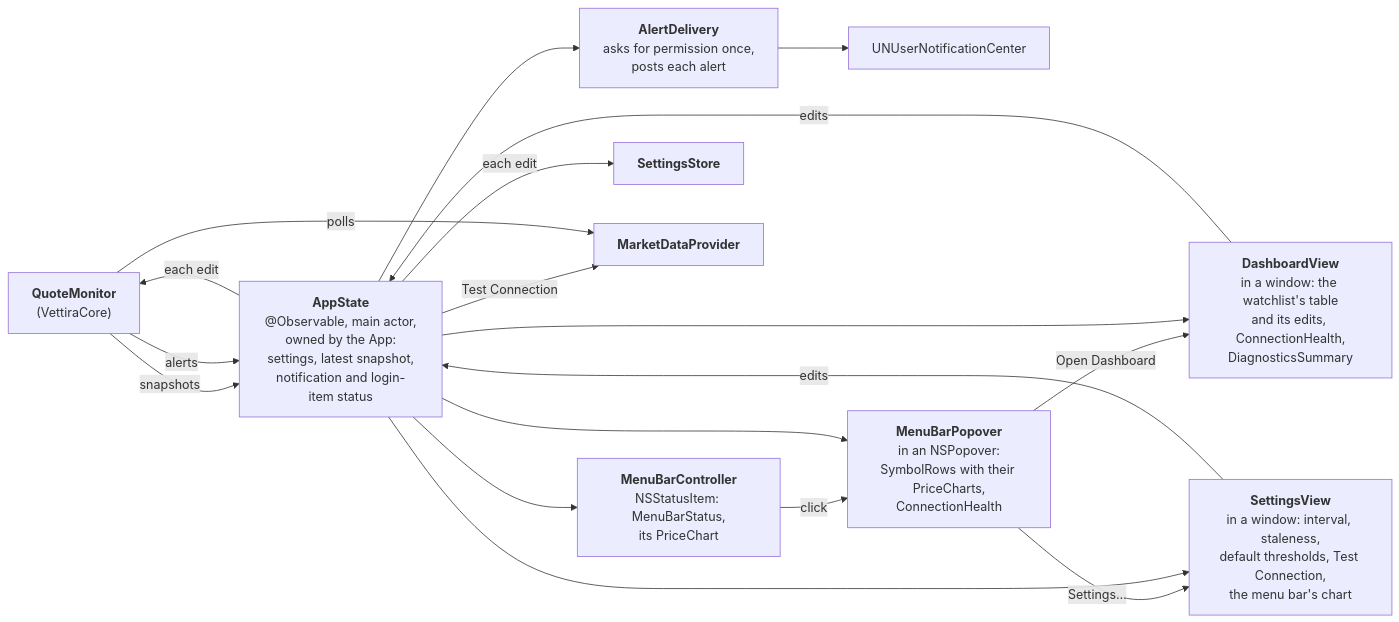
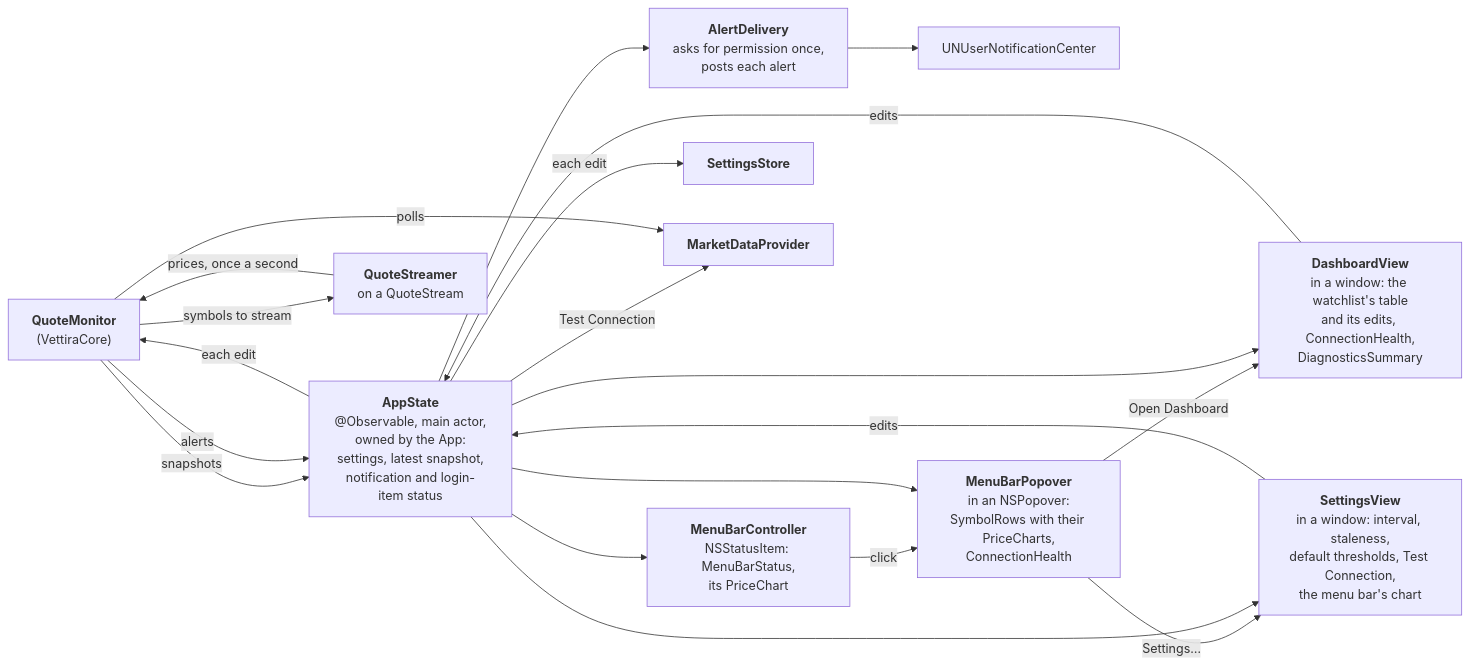
One commit to nikpietanze/vettira changed the second of 6 diagrams in docs/architecture.md. Above: the diagram before and after it, drawn with Mermaid. The commit also changed other lines of this file and 31 other files, not shown here.

Commit message:
Stream prices from Yahoo's streaming feed, with polling as the fallback

````diff
--- a/docs/architecture.md
+++ b/docs/architecture.md
@@ -51,29 +51,32 @@
 ```mermaid
 flowchart LR
     monitor["<b>QuoteMonitor</b><br/>(VettiraCore)"]
     state["<b>AppState</b><br/>@Observable, main actor,<br/>owned by the App:<br/>settings, latest snapshot,<br/>notification and login-item status"]
     delivery["<b>AlertDelivery</b><br/>asks for permission once,<br/>posts each alert"]
     center["UNUserNotificationCenter"]
     controller["<b>MenuBarController</b><br/>NSStatusItem: MenuBarStatus,<br/>its PriceChart"]
     popover["<b>MenuBarPopover</b><br/>in an NSPopover:<br/>SymbolRows with their PriceCharts,<br/>ConnectionHealth"]
     dashboard["<b>DashboardView</b><br/>in a window: the watchlist's table<br/>and its edits, ConnectionHealth,<br/>DiagnosticsSummary"]
     settingsView["<b>SettingsView</b><br/>in a window: interval, staleness,<br/>default thresholds, Test Connection,<br/>the menu bar's chart"]
     store["<b>SettingsStore</b>"]
     provider["<b>MarketDataProvider</b>"]
+    streamer["<b>QuoteStreamer</b><br/>on a QuoteStream"]
     monitor -- snapshots --> state
     monitor -- alerts --> state
     state --> delivery --> center
     state --> controller
     controller -- click --> popover
     popover -- Open Dashboard --> dashboard
     popover -- Settings… --> settingsView
     state --> popover
     state --> dashboard
     state --> settingsView
     dashboard -- edits --> state
     settingsView -- edits --> state
     state -- each edit --> store
     state -- each edit --> monitor
     state -- Test Connection --> provider
     monitor -- polls --> provider
+    monitor -- symbols to stream --> streamer
+    streamer -- prices, once a second --> monitor
 ```
````
